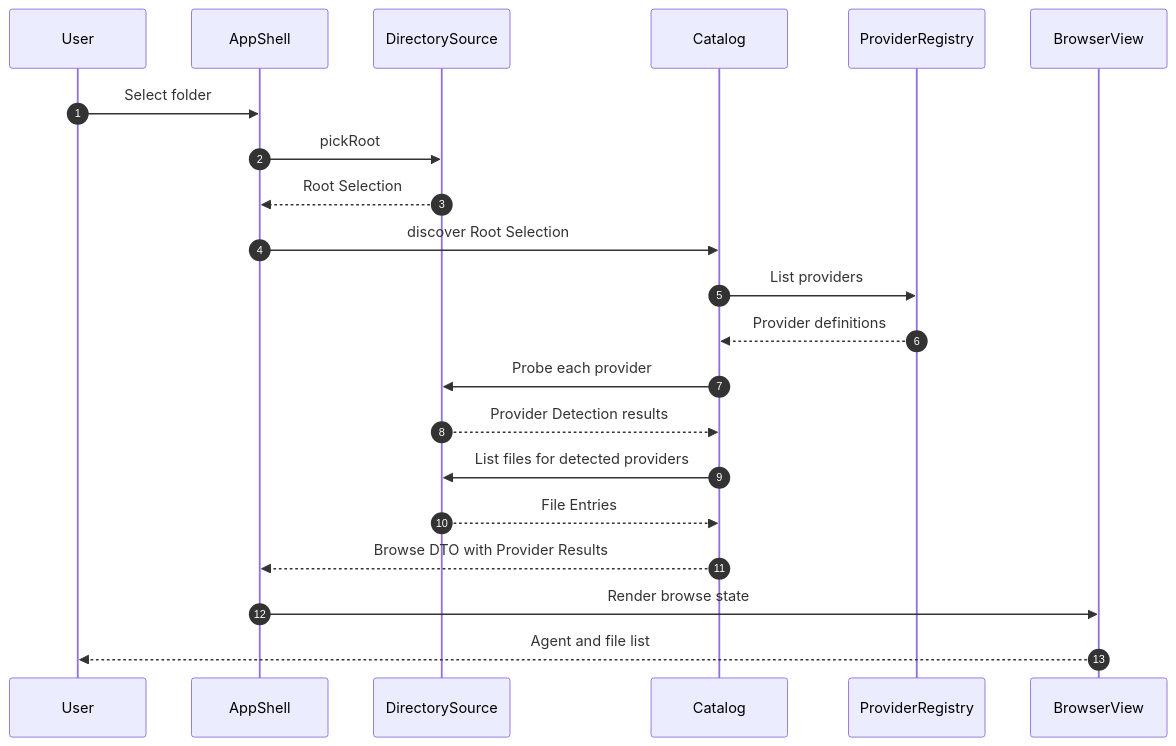
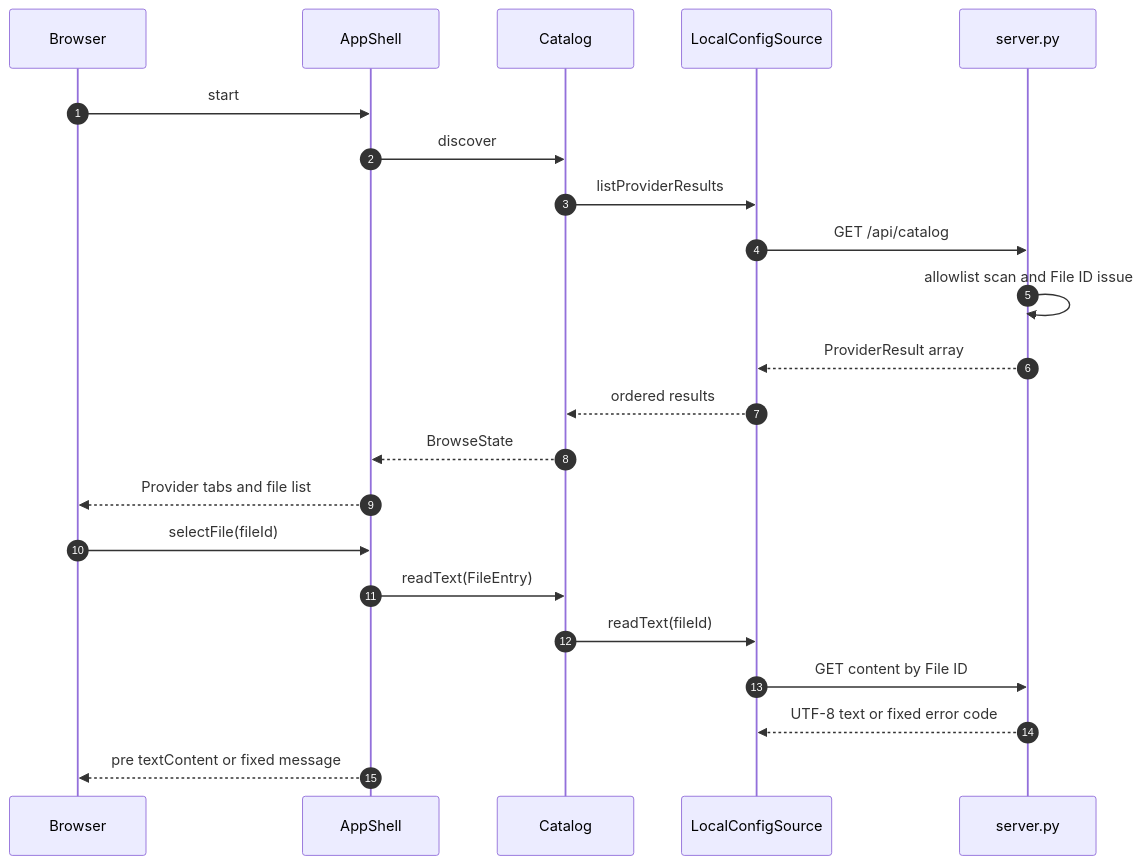
Before and after one commit to xzyozi/agent-config-viewer: the diagram in docs/design/ACV-DD-001_閲覧フロー詳細設計書.md, drawn with Mermaid. The commit also changed other lines of this file and 1 other file, not shown here.

````diff
--- a/docs/design/ACV-DD-001_閲覧フロー詳細設計書.md
+++ b/docs/design/ACV-DD-001_閲覧フロー詳細設計書.md
@@ -88,23 +34,24 @@
 ```mermaid
 sequenceDiagram
     autonumber
-    participant User
+    participant Browser
     participant App as AppShell
-    participant Source as DirectorySource
     participant Catalog
-    participant Provider as ProviderRegistry
-    participant View as BrowserView
-    User->>App: Select folder
-    App->>Source: pickRoot
-    Source-->>App: Root Selection
-    App->>Catalog: discover Root Selection
-    Catalog->>Provider: List providers
-    Provider-->>Catalog: Provider definitions
-    Catalog->>Source: Probe each provider
-    Source-->>Catalog: Provider Detection results
-    Catalog->>Source: List files for detected providers
-    Source-->>Catalog: File Entries
-    Catalog-->>App: Browse DTO with Provider Results
-    App->>View: Render browse state
-    View-->>User: Agent and file list
+    participant Source as LocalConfigSource
+    participant Server as server.py
+    Browser->>App: start
+    App->>Catalog: discover
+    Catalog->>Source: listProviderResults
+    Source->>Server: GET /api/catalog
+    Server->>Server: allowlist scan and File ID issue
+    Server-->>Source: ProviderResult array
+    Source-->>Catalog: ordered results
+    Catalog-->>App: BrowseState
+    App-->>Browser: Provider tabs and file list
+    Browser->>App: selectFile(fileId)
+    App->>Catalog: readText(FileEntry)
+    Catalog->>Source: readText(fileId)
+    Source->>Server: GET content by File ID
+    Server-->>Source: UTF-8 text or fixed error code
+    App-->>Browser: pre textContent or fixed message
 ```
````
